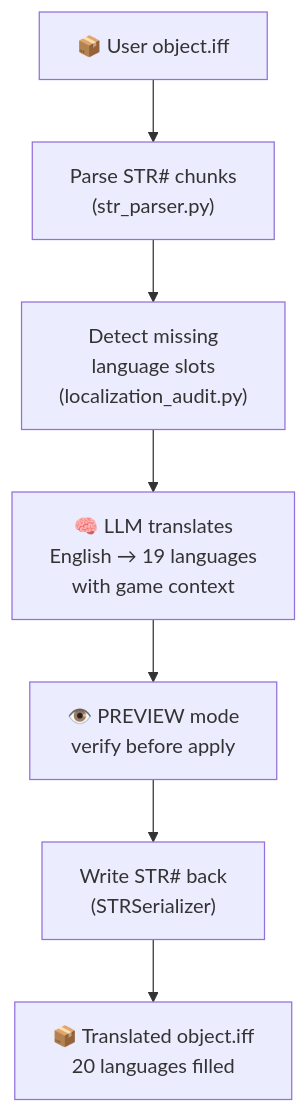
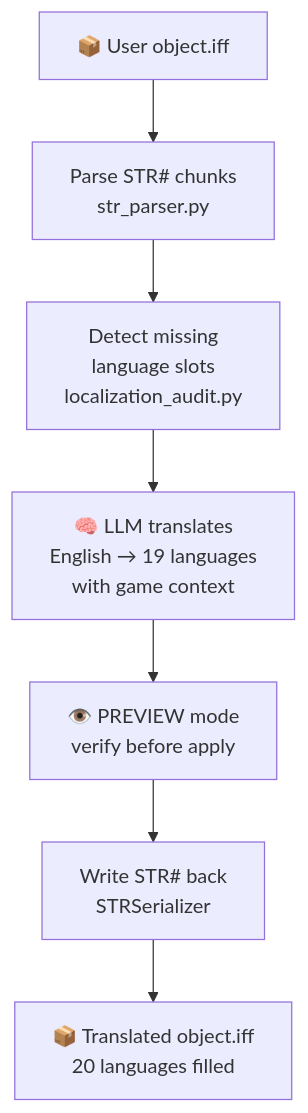
Before and after one commit to SimHacker/moollm: the third of 6 diagrams in designs/sim-obliterator/BRIDGE.md, drawn with Mermaid. The commit also changed other lines of this file and 1 other file, not shown here.

Commit message:
fix(sim-obliterator): use <br/> in mermaid nodes to prevent text clipping

````diff
--- a/designs/sim-obliterator/BRIDGE.md
+++ b/designs/sim-obliterator/BRIDGE.md
@@ -174,9 +174,9 @@
 ```mermaid
 flowchart TD
-    IFF["📦 User object.iff"] --> PARSE["Parse STR# chunks\n(str_parser.py)"]
-    PARSE --> AUDIT["Detect missing\nlanguage slots\n(localization_audit.py)"]
-    AUDIT --> TRANSLATE["🧠 LLM translates\nEnglish → 19 languages\nwith game context"]
-    TRANSLATE --> PREVIEW["👁️ PREVIEW mode\nverify before apply"]
-    PREVIEW --> WRITE["Write STR# back\n(STRSerializer)"]
-    WRITE --> IFF2["📦 Translated object.iff\n20 languages filled"]
+    IFF["📦 User object.iff"] --> PARSE["Parse STR# chunks<br/>str_parser.py"]
+    PARSE --> AUDIT["Detect missing<br/>language slots<br/>localization_audit.py"]
+    AUDIT --> TRANSLATE["🧠 LLM translates<br/>English → 19 languages<br/>with game context"]
+    TRANSLATE --> PREVIEW["👁️ PREVIEW mode<br/>verify before apply"]
+    PREVIEW --> WRITE["Write STR# back<br/>STRSerializer"]
+    WRITE --> IFF2["📦 Translated object.iff<br/>20 languages filled"]
 ```
````
